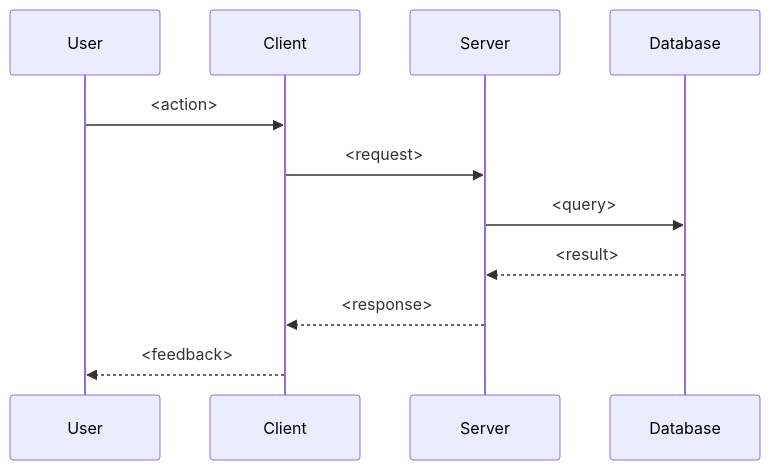
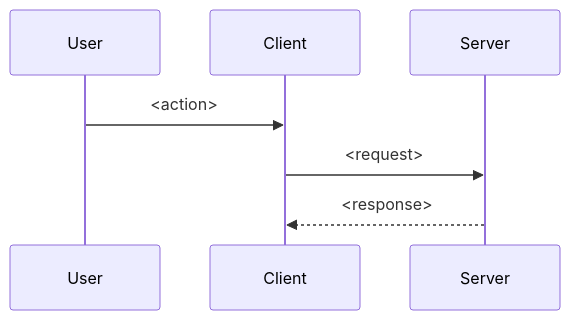
One commit to ultrakorne/skill-collection changed the first of 2 diagrams in project-documentation/references/templates.md. Above: the diagram before and after it, drawn with Mermaid. The commit also changed other lines of this file and 3 other files, not shown here.

````diff
--- a/project-documentation/references/templates.md
+++ b/project-documentation/references/templates.md
@@ -207,14 +156,10 @@
 ```mermaid
 sequenceDiagram
     participant U as User
     participant C as Client
     participant S as Server
-    participant D as Database
 
     U->>C: <action>
     C->>S: <request>
-    S->>D: <query>
-    D-->>S: <result>
     S-->>C: <response>
-    C-->>U: <feedback>
 ```
````
